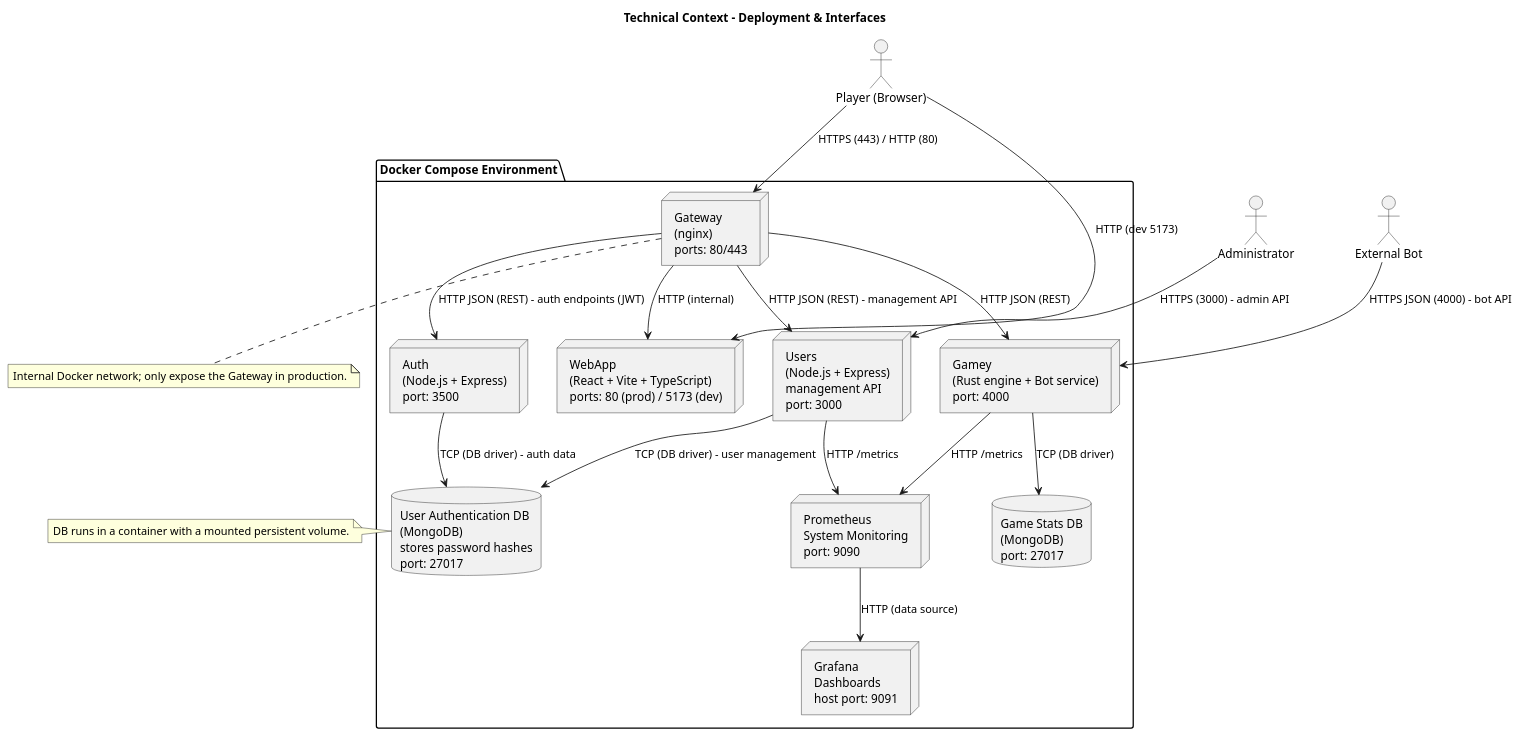
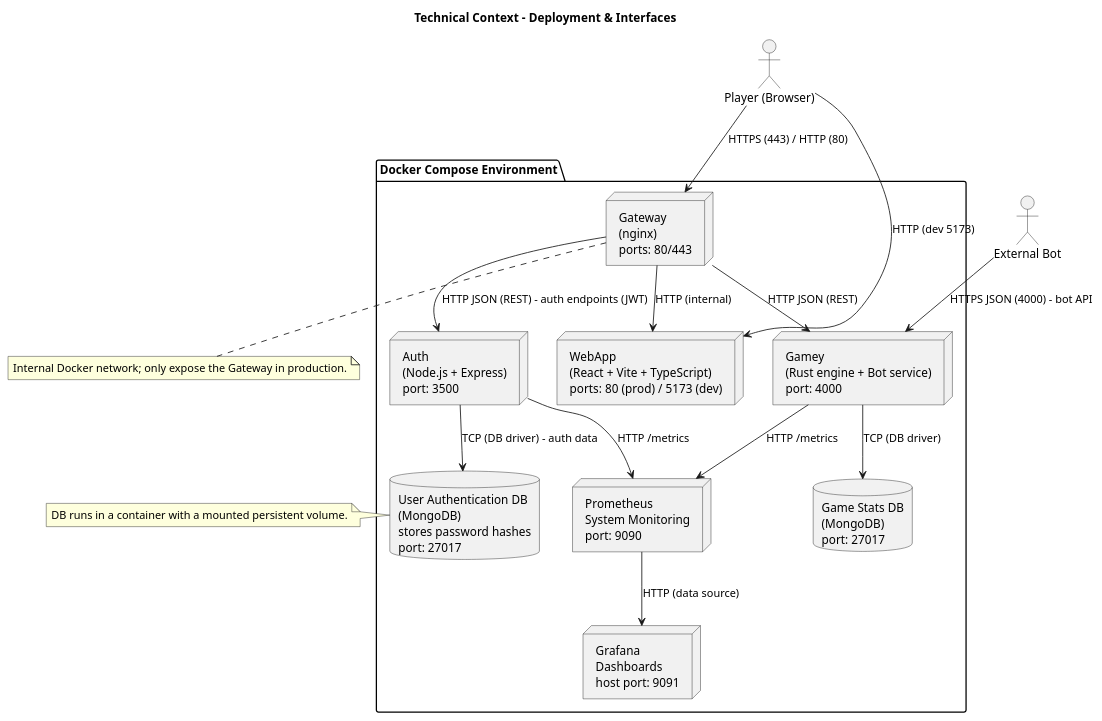
Before and after one commit to Arquisoft/yovi_es4b: the second of 2 diagrams in docs/src/03_context_and_scope.adoc, drawn with PlantUML. The commit also changed other lines of this file and 6 other files, not shown here.

```diff
--- a/docs/src/03_context_and_scope.adoc
+++ b/docs/src/03_context_and_scope.adoc
@@ -83,54 +77,50 @@
 [plantuml, target=technical-context-diagram, format=png]
 ----
 @startuml
 title Technical Context - Deployment & Interfaces
 
 actor "Player (Browser)" as Browser
-actor "Administrator" as Admin
 actor "External Bot" as ExternalBot
 
 package "Docker Compose Environment" {
 
     node "Gateway\n(nginx)\nports: 80/443" as Gateway
     node "WebApp\n(React + Vite + TypeScript)\nports: 80 (prod) / 5173 (dev)" as WebApp
-    node "Users\n(Node.js + Express)\nmanagement API\nport: 3000" as Users
     node "Auth\n(Node.js + Express)\nport: 3500" as Auth
     node "Gamey\n(Rust engine + Bot service)\nport: 4000" as Gamey
 
     database "User Authentication DB\n(MongoDB)\nstores password hashes\nport: 27017" as UserDB
     database "Game Stats DB\n(MongoDB)\nport: 27017" as GameDB
 
     node "Prometheus\nSystem Monitoring\nport: 9090" as Prometheus
     node "Grafana\nDashboards\nhost port: 9091" as Grafana
 }
 
 ' --- External interactions ---
 Browser --> Gateway : HTTPS (443) / HTTP (80)
 Browser --> WebApp : HTTP (dev 5173)
-Admin --> Users : HTTPS (3000) - admin API
+
 ExternalBot --> Gamey : HTTPS JSON (4000) - bot API
 
 ' --- Internal service communication ---
 Gateway --> WebApp : HTTP (internal)
 Gateway --> Auth : HTTP JSON (REST) - auth endpoints (JWT)
-Gateway --> Users : HTTP JSON (REST) - management API
 Gateway --> Gamey : HTTP JSON (REST)
 Auth --> UserDB : TCP (DB driver) - auth data
-Users --> UserDB : TCP (DB driver) - user management
 Gamey --> GameDB : TCP (DB driver)
 
 ' --- Monitoring ---
-Users --> Prometheus : HTTP /metrics
+Auth --> Prometheus : HTTP /metrics
 Gamey --> Prometheus : HTTP /metrics
 Prometheus --> Grafana : HTTP (data source)
 
 note left of UserDB
 DB runs in a container with a mounted persistent volume.
 end note
 
 note bottom of Gateway
 Internal Docker network; only expose the Gateway in production.
 end note
 
 @enduml
 ----
```
